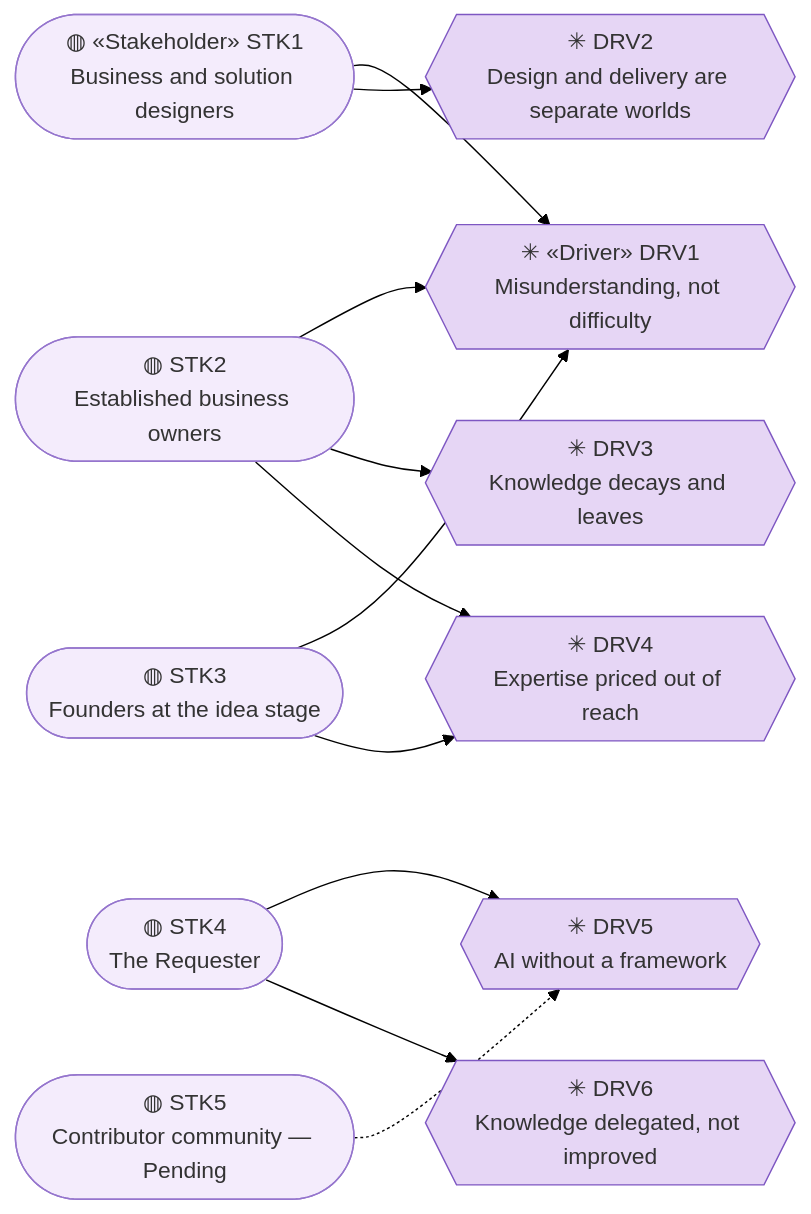
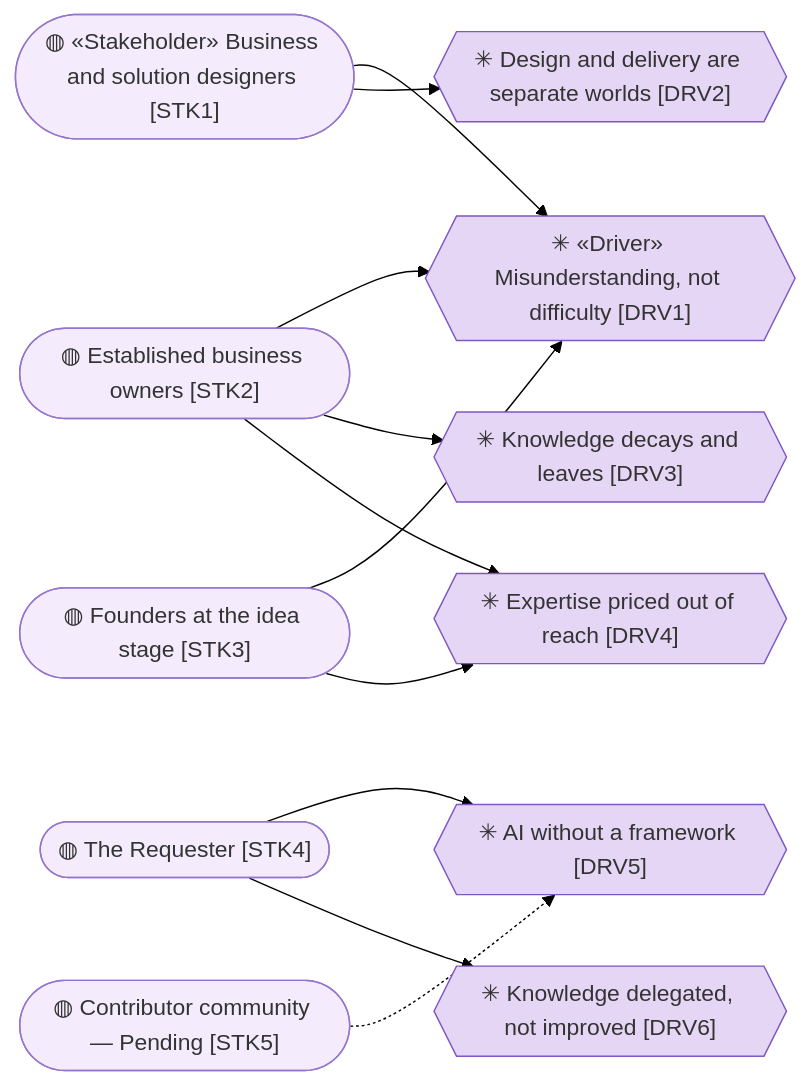
Before and after one commit to roanboc/architecture-archreator: the second of 7 diagrams in org-archreator/architecture/1_strategy/1_motivation.md, drawn with Mermaid (forest theme). The commit also changed other lines of this file and 38 other files, not shown here.

````diff
--- a/org-archreator/architecture/1_strategy/1_motivation.md
+++ b/org-archreator/architecture/1_strategy/1_motivation.md
@@ -80,29 +80,29 @@
 ```mermaid
 flowchart LR
-  stk1(["◍ «Stakeholder» STK1<br>Business and solution designers"]):::stakeholder
-  stk2(["◍ STK2<br>Established business owners"]):::stakeholder
-  stk3(["◍ STK3<br>Founders at the idea stage"]):::stakeholder
-  stk4(["◍ STK4<br>The Requester"]):::stakeholder
-  stk5(["◍ STK5<br>Contributor community — Pending"]):::stakeholder
+  stk1(["◍ «Stakeholder» Business and solution designers [STK1]"]):::stakeholder
+  stk2(["◍ Established business owners [STK2]"]):::stakeholder
+  stk3(["◍ Founders at the idea stage [STK3]"]):::stakeholder
+  stk4(["◍ The Requester [STK4]"]):::stakeholder
+  stk5(["◍ Contributor community — Pending [STK5]"]):::stakeholder
 
-  drv1{{"✳ «Driver» DRV1<br>Misunderstanding, not difficulty"}}:::driver
-  drv2{{"✳ DRV2<br>Design and delivery are separate worlds"}}:::driver
-  drv3{{"✳ DRV3<br>Knowledge decays and leaves"}}:::driver
-  drv4{{"✳ DRV4<br>Expertise priced out of reach"}}:::driver
-  drv5{{"✳ DRV5<br>AI without a framework"}}:::driver
-  drv6{{"✳ DRV6<br>Knowledge delegated, not improved"}}:::driver
+  drv1{{"✳ «Driver» Misunderstanding, not difficulty [DRV1]"}}:::driver
+  drv2{{"✳ Design and delivery are separate worlds [DRV2]"}}:::driver
+  drv3{{"✳ Knowledge decays and leaves [DRV3]"}}:::driver
+  drv4{{"✳ Expertise priced out of reach [DRV4]"}}:::driver
+  drv5{{"✳ AI without a framework [DRV5]"}}:::driver
+  drv6{{"✳ Knowledge delegated, not improved [DRV6]"}}:::driver
 
   stk1 --> drv1
   stk1 --> drv2
   stk2 --> drv1
   stk2 --> drv3
   stk2 --> drv4
   stk3 --> drv1
   stk3 --> drv4
   stk4 --> drv5
   stk4 --> drv6
   stk5 -.-> drv5
 
   classDef stakeholder fill:#f4ecfc,stroke:#9575cd,color:#333
   classDef driver fill:#e6d6f5,stroke:#7e57c2,color:#333
 ```
````
